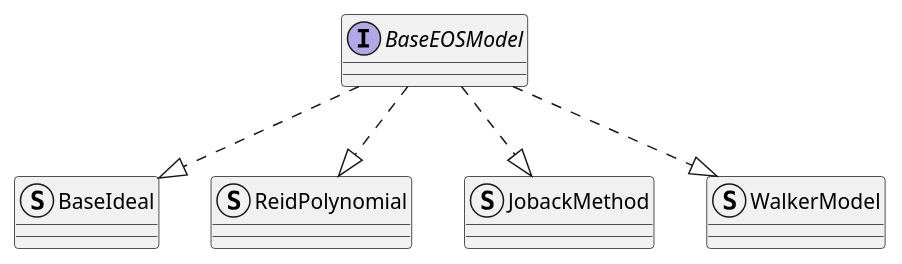
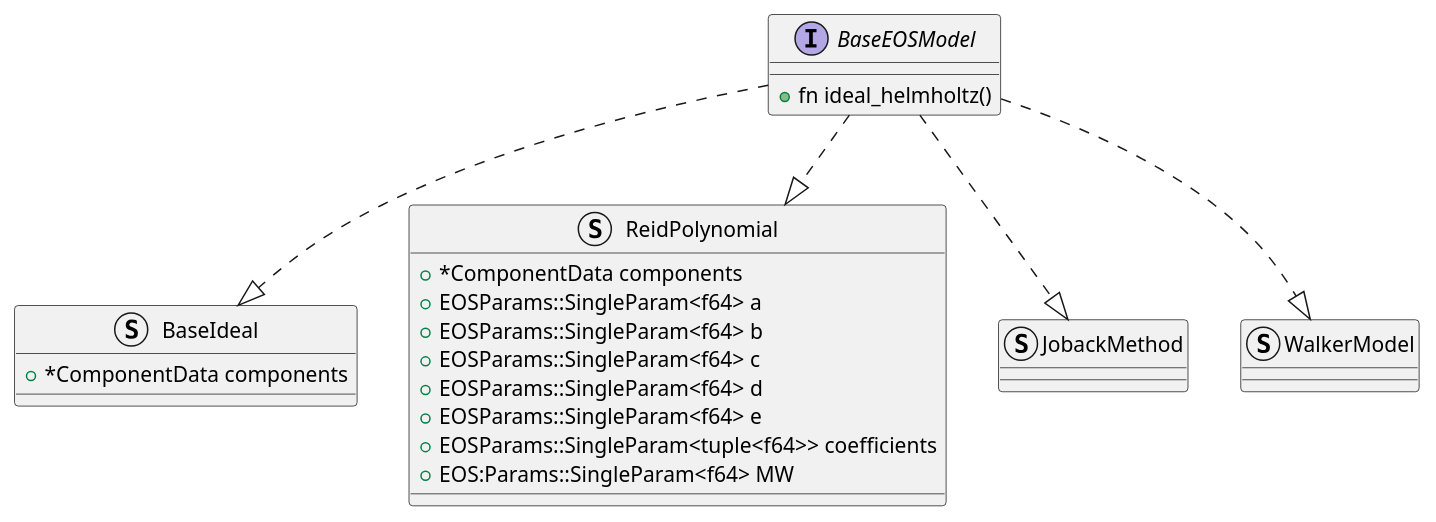
One commit to OSCPS-Project/OSCPS-UML changed the diagram in thermo-module/thermo-packages/ideal-eos-module.puml. Above: the diagram before and after it, drawn with PlantUML. The commit also changed 4 other files, not shown here.

Commit message:
continuing to added the function and property information to the UML diagrams

```diff
--- a/thermo-module/thermo-packages/ideal-eos-module.puml
+++ b/thermo-module/thermo-packages/ideal-eos-module.puml
@@ -1,28 +1,36 @@
 @startuml ideal_eos_class_diagram
 
 Interface BaseEOSModel {
-    
+    + fn ideal_helmholtz()    
 }
 
 Struct BaseIdeal {
-
+    + *ComponentData components
 }
 
 Struct ReidPolynomial {
+    + *ComponentData components
+    + EOSParams::SingleParam<f64> a
+    + EOSParams::SingleParam<f64> b
+    + EOSParams::SingleParam<f64> c
+    + EOSParams::SingleParam<f64> d
+    + EOSParams::SingleParam<f64> e
+    + EOSParams::SingleParam<tuple<f64>> coefficients
+    + EOS:Params::SingleParam<f64> MW
 
 }
 
 Struct JobackMethod {
 
 }
 
 Struct WalkerModel {
 
 }
 
 BaseEOSModel ..|> BaseIdeal
 BaseEOSModel ..|> ReidPolynomial
 BaseEOSModel ..|> JobackMethod
 BaseEOSModel ..|> WalkerModel
 
 @enduml
```
